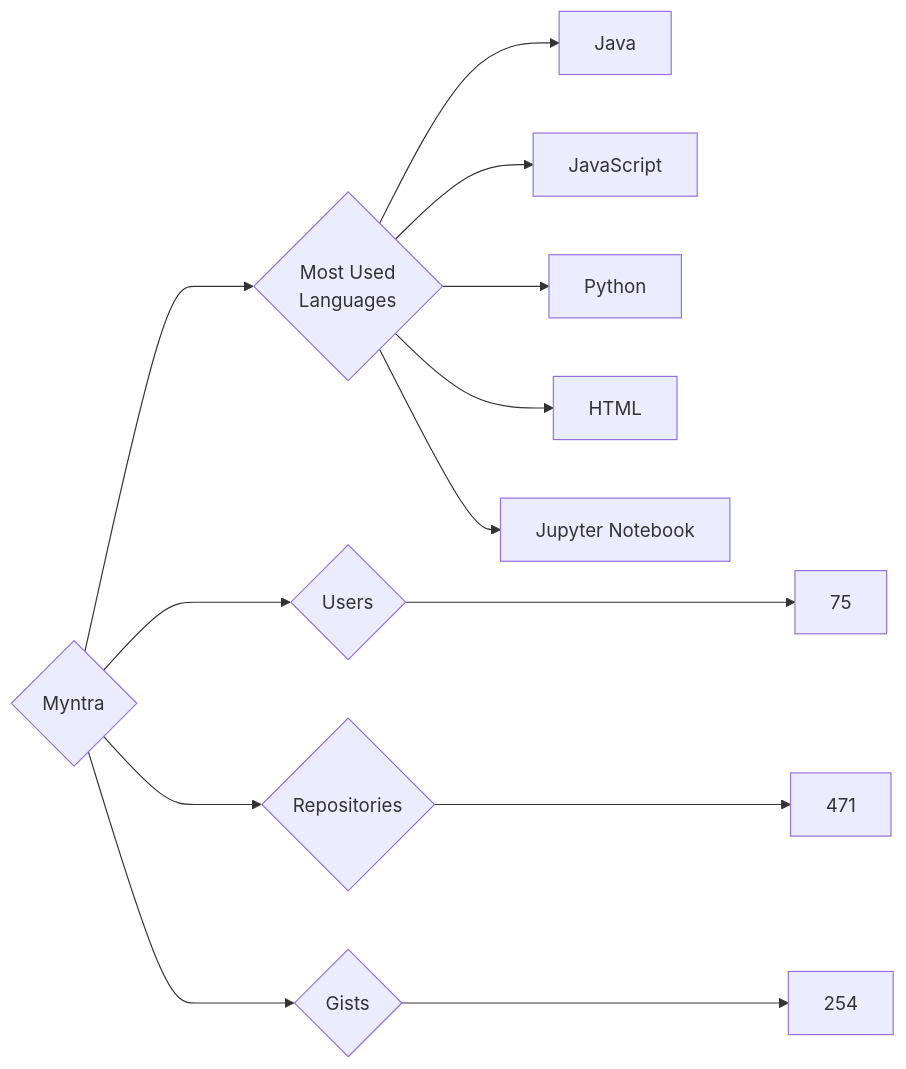
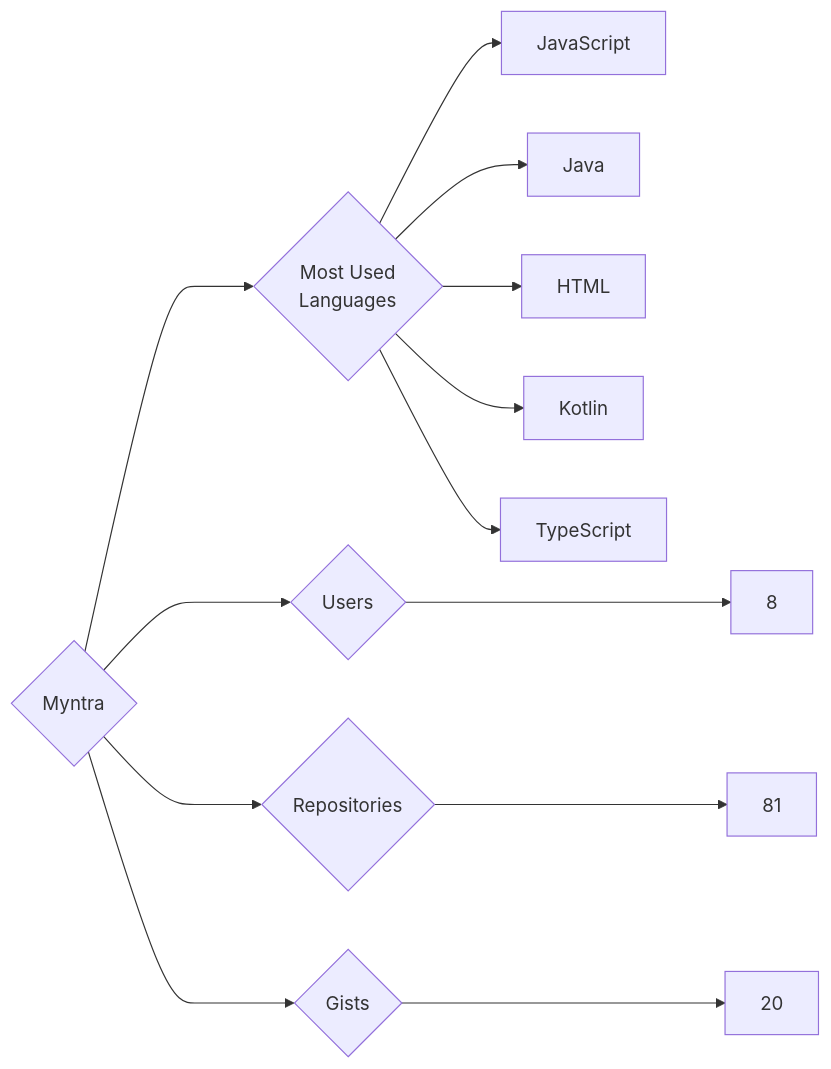
The diagram in targets/Myntra/README.md (trickest/insiders), drawn with Mermaid before and after one commit. The commit also changed 773 other files, not shown here.

````diff
--- a/targets/Myntra/README.md
+++ b/targets/Myntra/README.md
@@ -3,13 +3,13 @@
 ```mermaid
 graph LR
 COMPANY_NAME{Myntra}
-COMPANY_NAME ---> U{Users} ---> UN[75]
-COMPANY_NAME ---> R{Repositories} ---> RN[471]
-COMPANY_NAME ---> G{Gists} ---> GN[254]
+COMPANY_NAME ---> U{Users} ---> UN[8]
+COMPANY_NAME ---> R{Repositories} ---> RN[81]
+COMPANY_NAME ---> G{Gists} ---> GN[20]
 COMPANY_NAME ---> ML{Most Used<br>Languages}
+ML --> JavaScript[JavaScript]
 ML --> Java[Java]
-ML --> JavaScript[JavaScript]
-ML --> Python[Python]
 ML --> HTML[HTML]
-ML --> Jupyter_Notebook[Jupyter Notebook]
+ML --> Kotlin[Kotlin]
+ML --> TypeScript[TypeScript]
 ```
````
